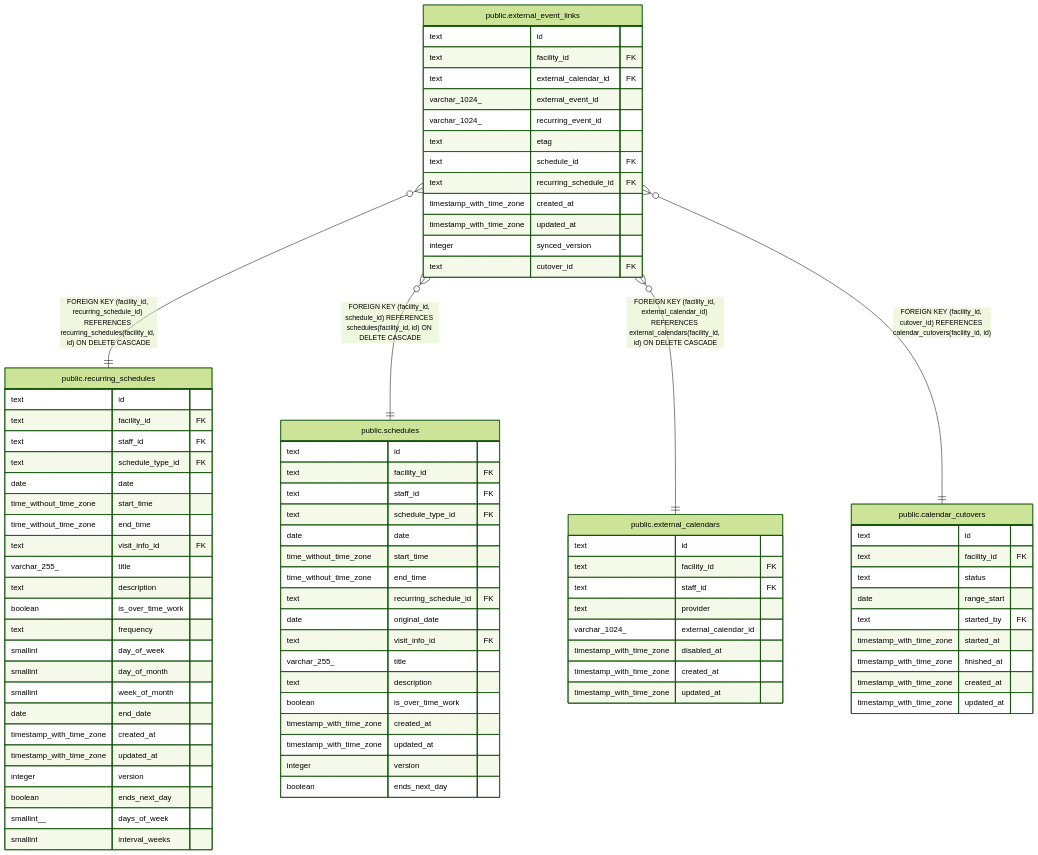
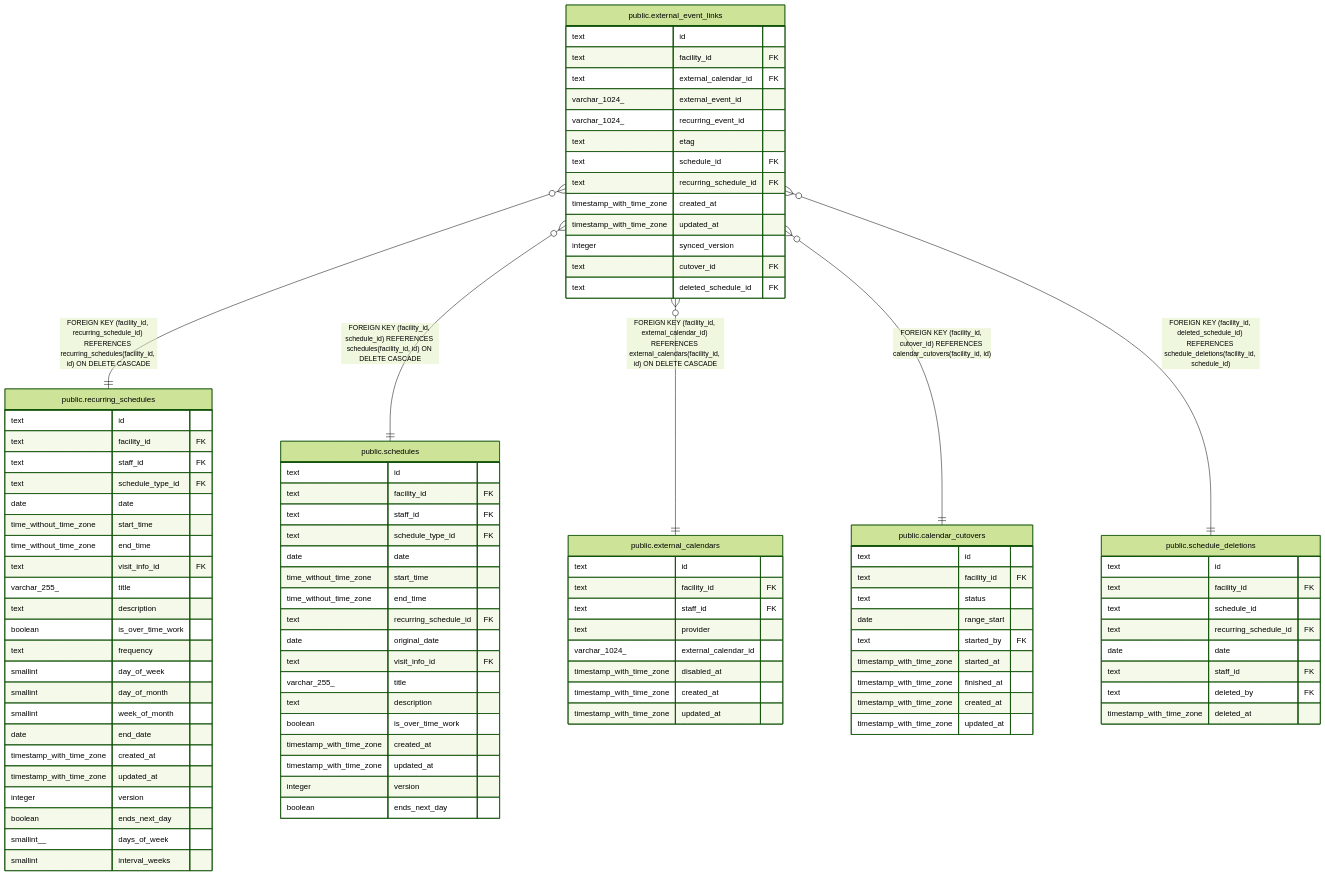
One commit to Fukuemon/buddy changed the diagram in docs/db/schedule/public.external_event_links.md. Above: the diagram before and after it, drawn with Mermaid (forest theme). The commit also changed other lines of this file and 22 other files, not shown here.

````diff
--- a/docs/db/schedule/public.external_event_links.md
+++ b/docs/db/schedule/public.external_event_links.md
@@ -78,6 +82,7 @@
 "public.external_event_links" }o--|| "public.schedules" : "FOREIGN KEY (facility_id, schedule_id) REFERENCES schedules(facility_id, id) ON DELETE CASCADE"
 "public.external_event_links" }o--|| "public.external_calendars" : "FOREIGN KEY (facility_id, external_calendar_id) REFERENCES external_calendars(facility_id, id) ON DELETE CASCADE"
 "public.external_event_links" }o--|| "public.calendar_cutovers" : "FOREIGN KEY (facility_id, cutover_id) REFERENCES calendar_cutovers(facility_id, id)"
+"public.external_event_links" }o--|| "public.schedule_deletions" : "FOREIGN KEY (facility_id, deleted_schedule_id) REFERENCES schedule_deletions(facility_id, schedule_id)"
 
 "public.external_event_links" {
   text id
@@ -92,6 +97,7 @@
   timestamp_with_time_zone updated_at
   integer synced_version
   text cutover_id FK
+  text deleted_schedule_id FK
 }
 "public.recurring_schedules" {
   text id
@@ -157,4 +163,14 @@
   timestamp_with_time_zone created_at
   timestamp_with_time_zone updated_at
 }
+"public.schedule_deletions" {
+  text id
+  text facility_id FK
+  text schedule_id
+  text recurring_schedule_id FK
+  date date
+  text staff_id FK
+  text deleted_by FK
+  timestamp_with_time_zone deleted_at
+}
 ```
````
